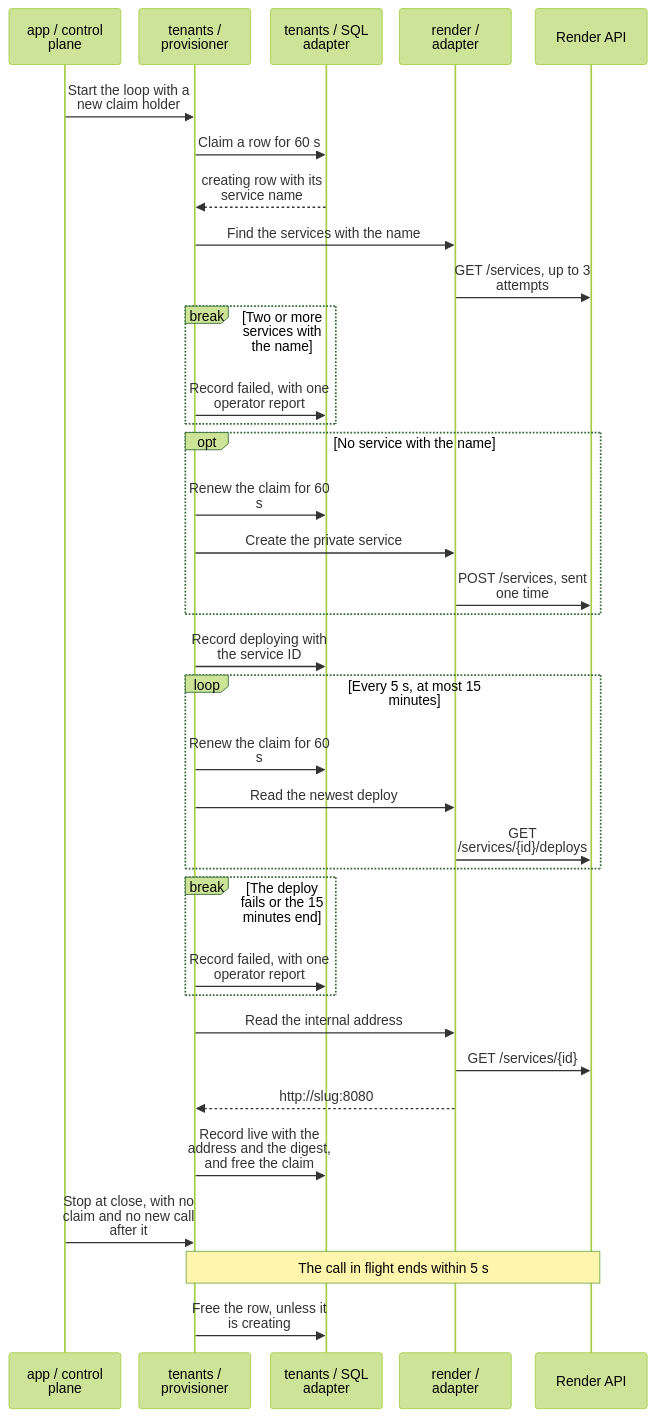
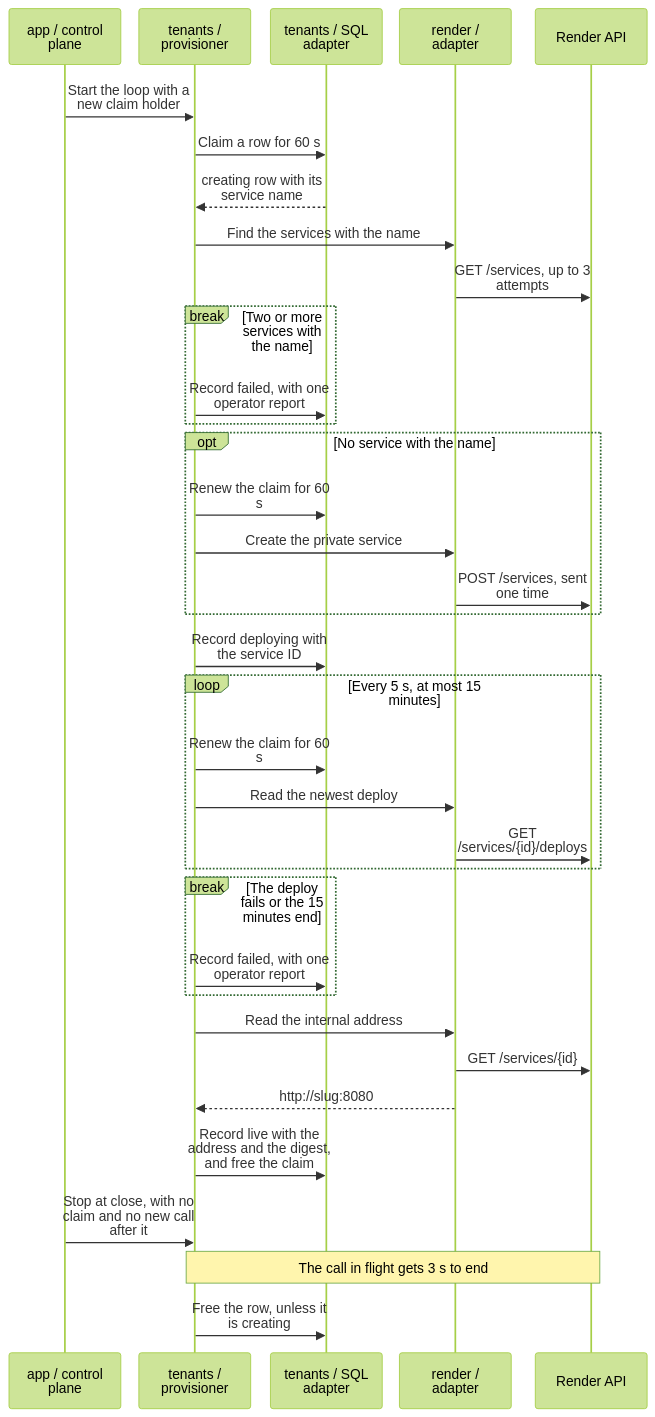
Before and after one commit to tomer-mayara/Thermus: diagram 19 of 24 in architecture/components.md, drawn with Mermaid (forest theme). The commit also changed other lines of this file and 20 other files, not shown here.

````diff
--- a/architecture/components.md
+++ b/architecture/components.md
@@ -1695,38 +1695,38 @@
 ```mermaid
 %%{init: {"sequence": {"wrap": true, "actorMargin": 20, "width": 130}}}%%
 sequenceDiagram
   participant App as app / control plane
   participant Prov as tenants / provisioner
   participant Store as tenants / SQL adapter
   participant Render as render / adapter
   participant API as Render API
   App->>Prov: Start the loop with a new claim holder
   Prov->>Store: Claim a row for 60 s
   Store-->>Prov: creating row with its service name
   Prov->>Render: Find the services with the name
   Render->>API: GET /services, up to 3 attempts
   break Two or more services with the name
     Prov->>Store: Record failed, with one operator report
   end
   opt No service with the name
     Prov->>Store: Renew the claim for 60 s
     Prov->>Render: Create the private service
     Render->>API: POST /services, sent one time
   end
   Prov->>Store: Record deploying with the service ID
   loop Every 5 s, at most 15 minutes
     Prov->>Store: Renew the claim for 60 s
     Prov->>Render: Read the newest deploy
     Render->>API: GET /services/{id}/deploys
   end
   break The deploy fails or the 15 minutes end
     Prov->>Store: Record failed, with one operator report
   end
   Prov->>Render: Read the internal address
   Render->>API: GET /services/{id}
   Render-->>Prov: http://slug:8080
   Prov->>Store: Record live with the address and the digest, and free the claim
   App->>Prov: Stop at close, with no claim and no new call after it
-  Note over Prov,API: The call in flight ends within 5 s
+  Note over Prov,API: The call in flight gets 3 s to end
   Prov->>Store: Free the row, unless it is creating
 ```
````
